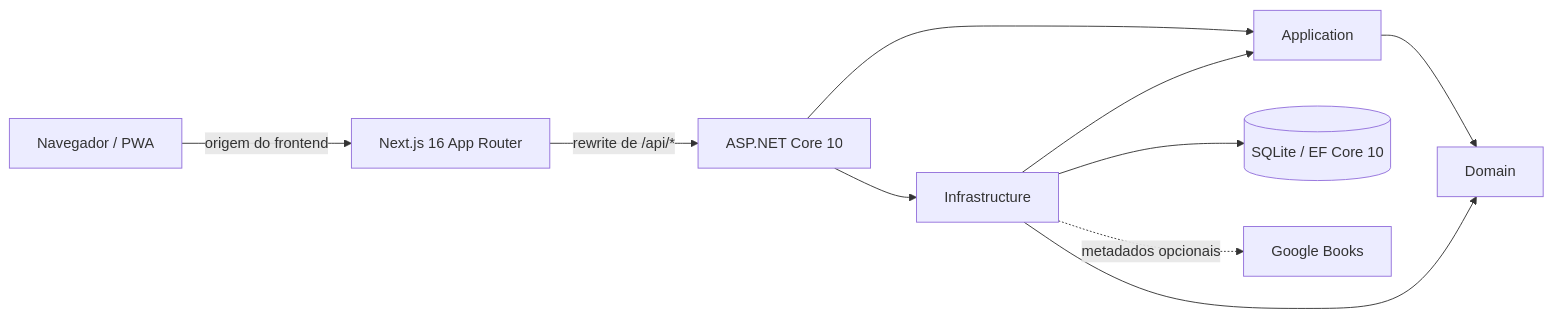
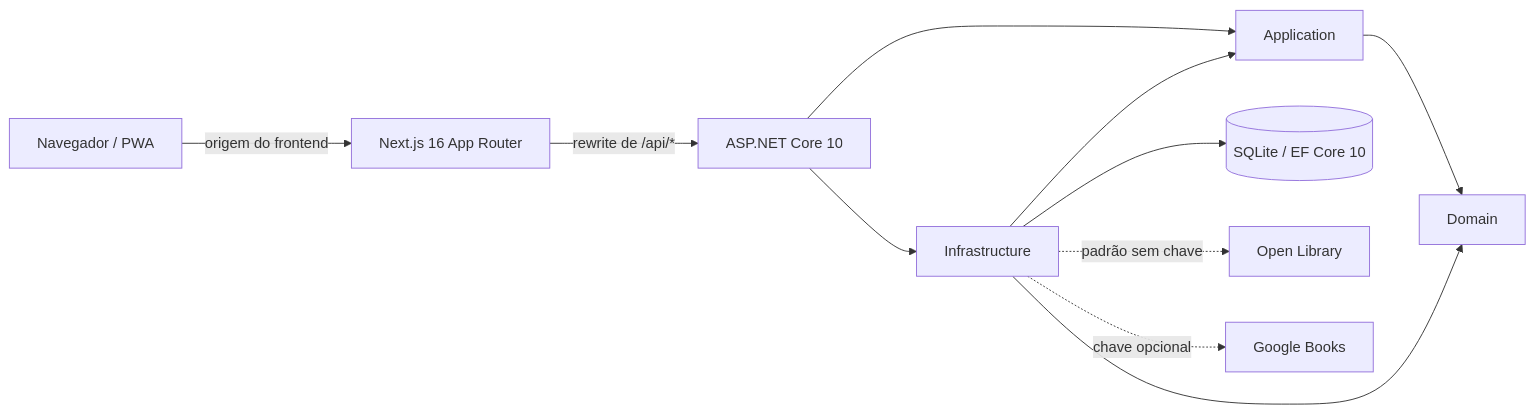
Before and after one commit to DiogoJP202/Mnemora: the first of 3 diagrams in docs/technical-architecture.md, drawn with Mermaid. The commit also changed other lines of this file and 40 other files, not shown here.

````diff
--- a/docs/technical-architecture.md
+++ b/docs/technical-architecture.md
@@ -19,12 +19,13 @@
 ```mermaid
 flowchart LR
     Browser[Navegador / PWA] -->|origem do frontend| Next[Next.js 16 App Router]
     Next -->|rewrite de /api/*| Api[ASP.NET Core 10]
     Api --> App[Application]
     Api --> Infra[Infrastructure]
     App --> Domain[Domain]
     Infra --> App
     Infra --> Domain
     Infra --> Db[(SQLite / EF Core 10)]
-    Infra -. metadados opcionais .-> Google[Google Books]
+    Infra -. padrão sem chave .-> OpenLibrary[Open Library]
+    Infra -. chave opcional .-> Google[Google Books]
 ```
````
